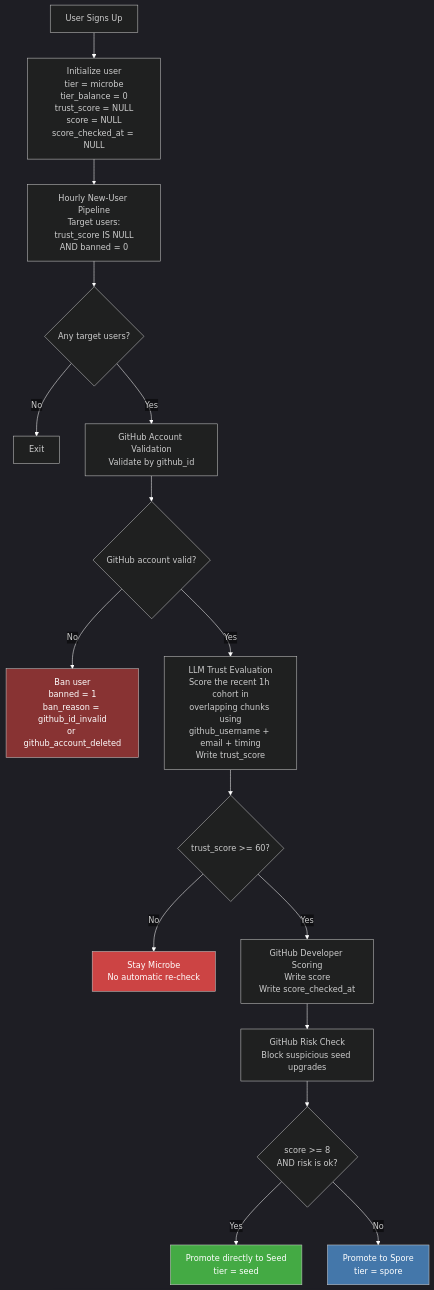
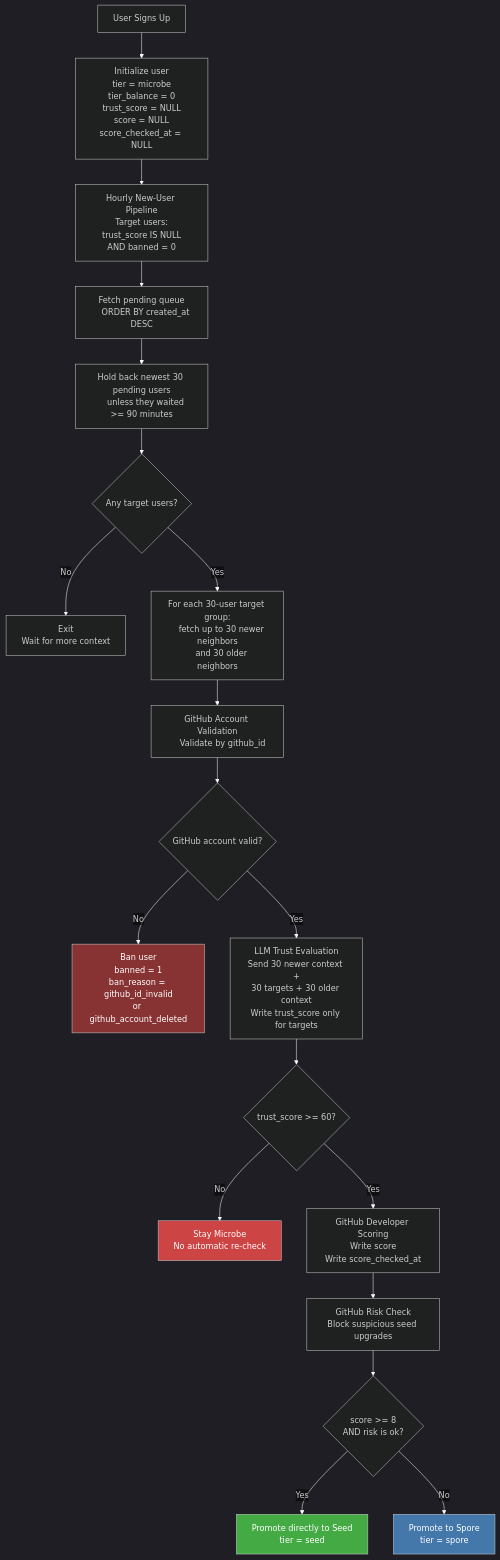
Before and after one commit to pollinations/pollinations: the first of 2 diagrams in enter.pollinations.ai/scripts/user-pipeline/README.md, drawn with Mermaid. The commit also changed other lines of this file and 3 other files, not shown here.

Commit message:
feat: add trust scoring holdback context

````diff
--- a/enter.pollinations.ai/scripts/user-pipeline/README.md
+++ b/enter.pollinations.ai/scripts/user-pipeline/README.md
@@ -71,53 +78,61 @@
 ```mermaid
 %%{init: {'theme': 'dark', 'themeVariables': {'lineColor': '#ffffff', 'edgeLabelBackground': 'transparent'}}}%%
 flowchart TD
     A["User Signs Up"] --> B["Initialize user
 tier = microbe
 tier_balance = 0
 trust_score = NULL
 score = NULL
 score_checked_at = NULL"]
 
     B --> C["Hourly New-User Pipeline
 Target users:
 trust_score IS NULL
 AND banned = 0"]
 
-    C --> D{"Any target users?"}
-    D -->|No| E["Exit"]
-    D -->|Yes| G["GitHub Account Validation
-Validate by github_id"]
+    C --> D["Fetch pending queue
+    ORDER BY created_at DESC"]
+    D --> E["Hold back newest 30 pending users
+    unless they waited >= 90 minutes"]
+    E --> F{"Any target users?"}
+    F -->|No| G["Exit
+    Wait for more context"]
+    F -->|Yes| H["For each 30-user target group:
+    fetch up to 30 newer neighbors
+    and 30 older neighbors"]
 
-    G --> H{"GitHub account valid?"}
-    H -->|No| I["Ban user
+    H --> I["GitHub Account Validation
+    Validate by github_id"]
+
+    I --> J{"GitHub account valid?"}
+    J -->|No| K["Ban user
 banned = 1
 ban_reason = github_id_invalid
 or github_account_deleted"]
-    H -->|Yes| J["LLM Trust Evaluation
-Score the recent 1h cohort in
-overlapping chunks using
-github_username + email + timing
-Write trust_score"]
+    J -->|Yes| L["LLM Trust Evaluation
+Send 30 newer context +
+30 targets + 30 older context
+Write trust_score only for targets"]
 
-    J --> K{"trust_score >= 60?"}
-    K -->|No| L["Stay Microbe
+    L --> M{"trust_score >= 60?"}
+    M -->|No| N["Stay Microbe
 No automatic re-check"]
-    K -->|Yes| M["GitHub Developer Scoring
+    M -->|Yes| O["GitHub Developer Scoring
 Write score
 Write score_checked_at"]
 
-    M --> N["GitHub Risk Check
+    O --> P["GitHub Risk Check
 Block suspicious seed upgrades"]
 
-    N --> O{"score >= 8
+    P --> Q{"score >= 8
 AND risk is ok?"}
-    O -->|Yes| P["Promote directly to Seed
+    Q -->|Yes| R["Promote directly to Seed
 tier = seed"]
-    O -->|No| Q["Promote to Spore
+    Q -->|No| S["Promote to Spore
 tier = spore"]
 
-    style I fill:#833,color:#fff
-    style L fill:#c44,color:#fff
-    style Q fill:#47a,color:#fff
-    style P fill:#4a4,color:#fff
+    style K fill:#833,color:#fff
+    style N fill:#c44,color:#fff
+    style S fill:#47a,color:#fff
+    style R fill:#4a4,color:#fff
 ```
````
